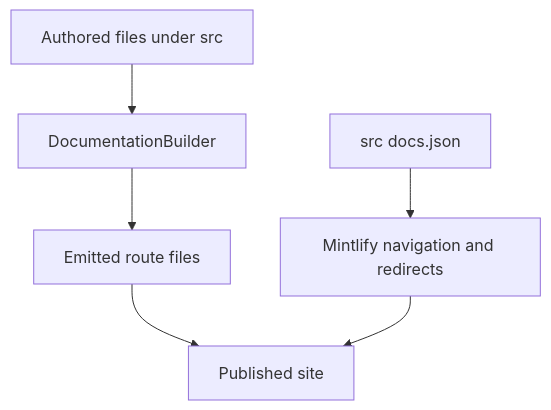
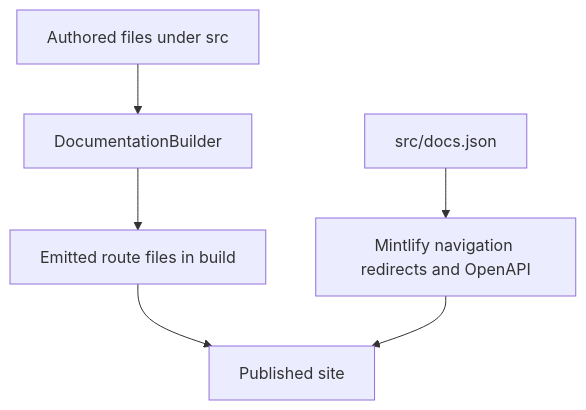
Before and after one commit to langchain-ai/docs: the diagram in openwiki/architecture/source-map.md, drawn with Mermaid. The commit also changed other lines of this file and 37 other files, not shown here.

````diff
--- a/openwiki/architecture/source-map.md
+++ b/openwiki/architecture/source-map.md
@@ -50,8 +54,8 @@
 ```mermaid
 flowchart TD
-    Source["Authored files under src"] --> Builder["DocumentationBuilder"]
-    Builder --> Routes["Emitted route files"]
-    Config["src docs.json"] --> Navigation["Mintlify navigation and redirects"]
+    Authored["Authored files under src"] --> Builder["DocumentationBuilder"]
+    Builder --> Routes["Emitted route files in build"]
+    Config["src/docs.json"] --> Navigation["Mintlify navigation redirects and OpenAPI"]
     Routes --> Site["Published site"]
     Navigation --> Site
 ```
````
